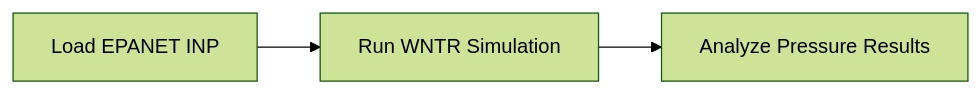
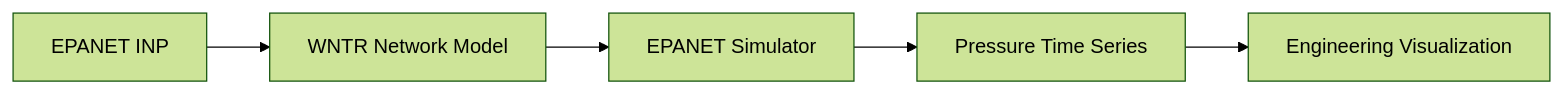
The ninth of 9 diagrams in README.md (mahmmooudian/water-network-ai-analyzer), drawn with Mermaid (forest theme) before and after one commit. The commit also changed other lines of this file, not shown here.

````diff
--- a/README.md
+++ b/README.md
@@ -699,5 +452,7 @@
 ```mermaid
 flowchart LR
-    A[Load EPANET INP] --> B[Run WNTR Simulation]
-    B --> C[Analyze Pressure Results]
+    A[EPANET INP] --> B[WNTR Network Model]
+    B --> C[EPANET Simulator]
+    C --> D[Pressure Time Series]
+    D --> E[Engineering Visualization]
 ```
````
